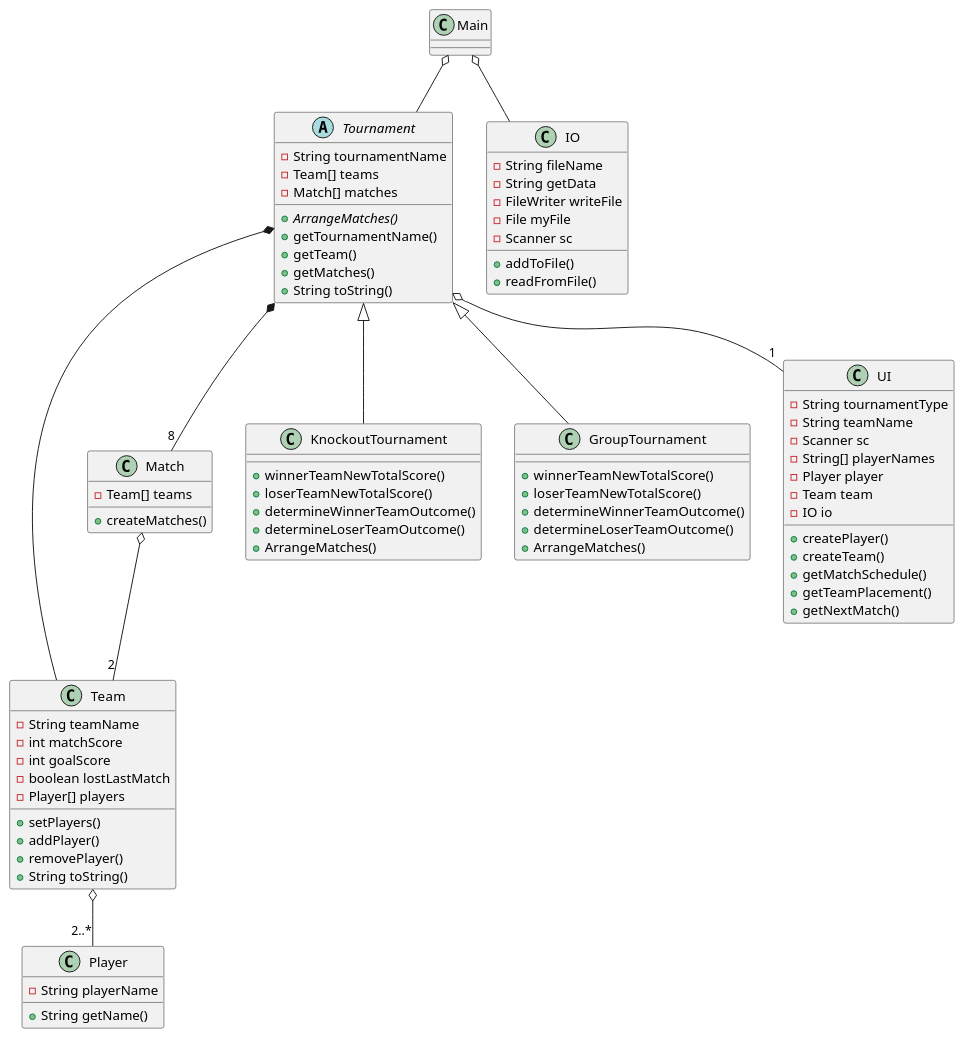
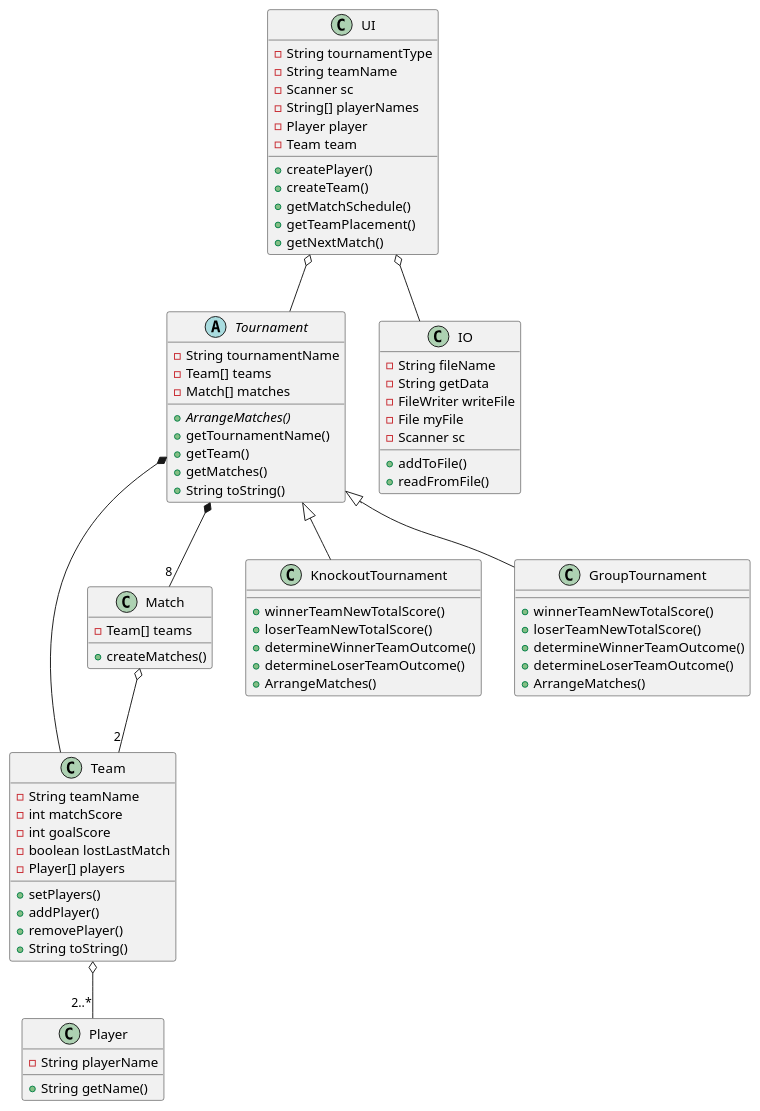
The diagram in doc/Class.puml (DeRp-DaWg/SP3), drawn with PlantUML before and after one commit.

```diff
--- a/doc/Class.puml
+++ b/doc/Class.puml
@@ -1,91 +1,87 @@
 @startuml
 'https://plantuml.com/class-diagram
 
 class Player {
 -String playerName
 +String getName()
 }
 
 class Team {
 -String teamName
 -int matchScore
 -int goalScore
 -boolean lostLastMatch
 -Player[] players
 +setPlayers()
 +addPlayer()
 +removePlayer()
 +String toString()
 }
 
 class Match{
 -Team[] teams
 +createMatches()
 }
 
 abstract Tournament {
 -String tournamentName
 -Team[] teams
 -Match[] matches
 +{abstract}ArrangeMatches()
 +getTournamentName()
 +getTeam()
 +getMatches()
 +String toString()
 }
 
 class KnockoutTournament{
 +winnerTeamNewTotalScore()
 +loserTeamNewTotalScore()
 +determineWinnerTeamOutcome()
 +determineLoserTeamOutcome()
 +ArrangeMatches()
 }
 
 class GroupTournament{
 +winnerTeamNewTotalScore()
 +loserTeamNewTotalScore()
 +determineWinnerTeamOutcome()
 +determineLoserTeamOutcome()
 +ArrangeMatches()
 }
 
 class UI {
 -String tournamentType
 -String teamName
 -Scanner sc
 -String[] playerNames
 -Player player
 -Team team
--IO io
 +createPlayer()
 +createTeam()
 +getMatchSchedule()
 +getTeamPlacement()
 +getNextMatch()
 }
 
 class IO {
 -String fileName
 -String getData
 -FileWriter writeFile
 -File myFile
 -Scanner sc
 +addToFile()
 +readFromFile()
 }
 
-class Main{
-}
 
-Main o-- Tournament
-Main o-- IO
-Tournament o-- "1" UI
+UI o-- Tournament
+UI o-- IO
 Tournament *-- "8" Match
 Tournament *-- Team
 Match o-- "2" Team
 Team o-- "2..*" Player
 Tournament <|-- KnockoutTournament
 Tournament <|-- GroupTournament
 
 @enduml
```
